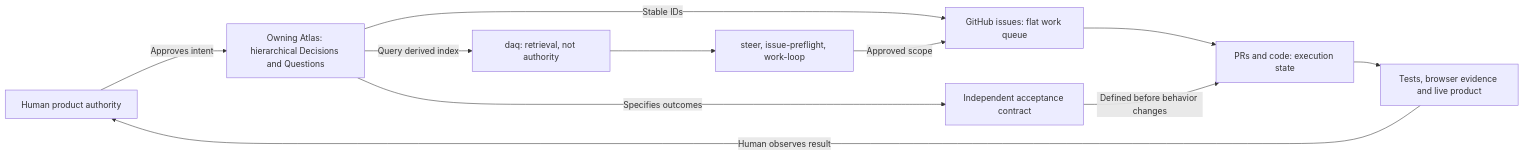
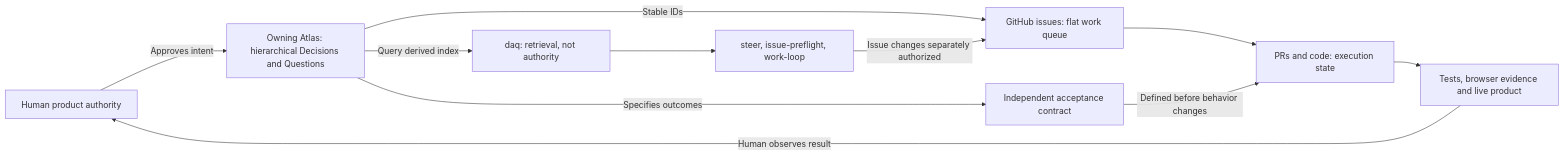
Before and after one commit to moritzbrantner/dotfiles: the fourth of 4 diagrams in docs/human-steering-flowcharts.md, drawn with Mermaid. The commit also changed other lines of this file, not shown here.

````diff
--- a/docs/human-steering-flowcharts.md
+++ b/docs/human-steering-flowcharts.md
@@ -117,13 +120,13 @@
 ```mermaid
 flowchart LR
     OWNER["Human product authority"] -->|Approves intent| ATLAS["Owning Atlas: hierarchical Decisions and Questions"]
     ATLAS -->|Stable IDs| ISSUES["GitHub issues: flat work queue"]
     ATLAS -->|Query derived index| DAQ["daq: retrieval, not authority"]
     DAQ --> AGENT["steer, issue-preflight, work-loop"]
-    AGENT -->|Approved scope| ISSUES
+    AGENT -->|Issue changes separately authorized| ISSUES
     ATLAS -->|Specifies outcomes| CONTRACT["Independent acceptance contract"]
     ISSUES --> PR["PRs and code: execution state"]
     CONTRACT -->|Defined before behavior changes| PR
     PR --> PROOF["Tests, browser evidence and live product"]
     PROOF -->|Human observes result| OWNER
 ```
````
